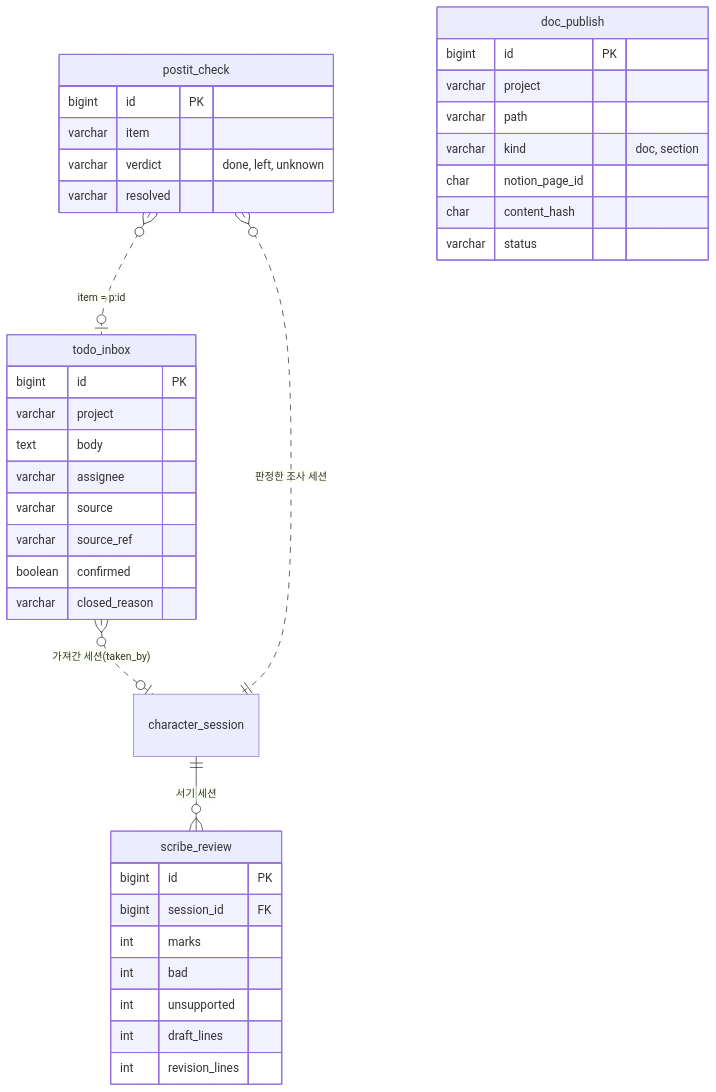
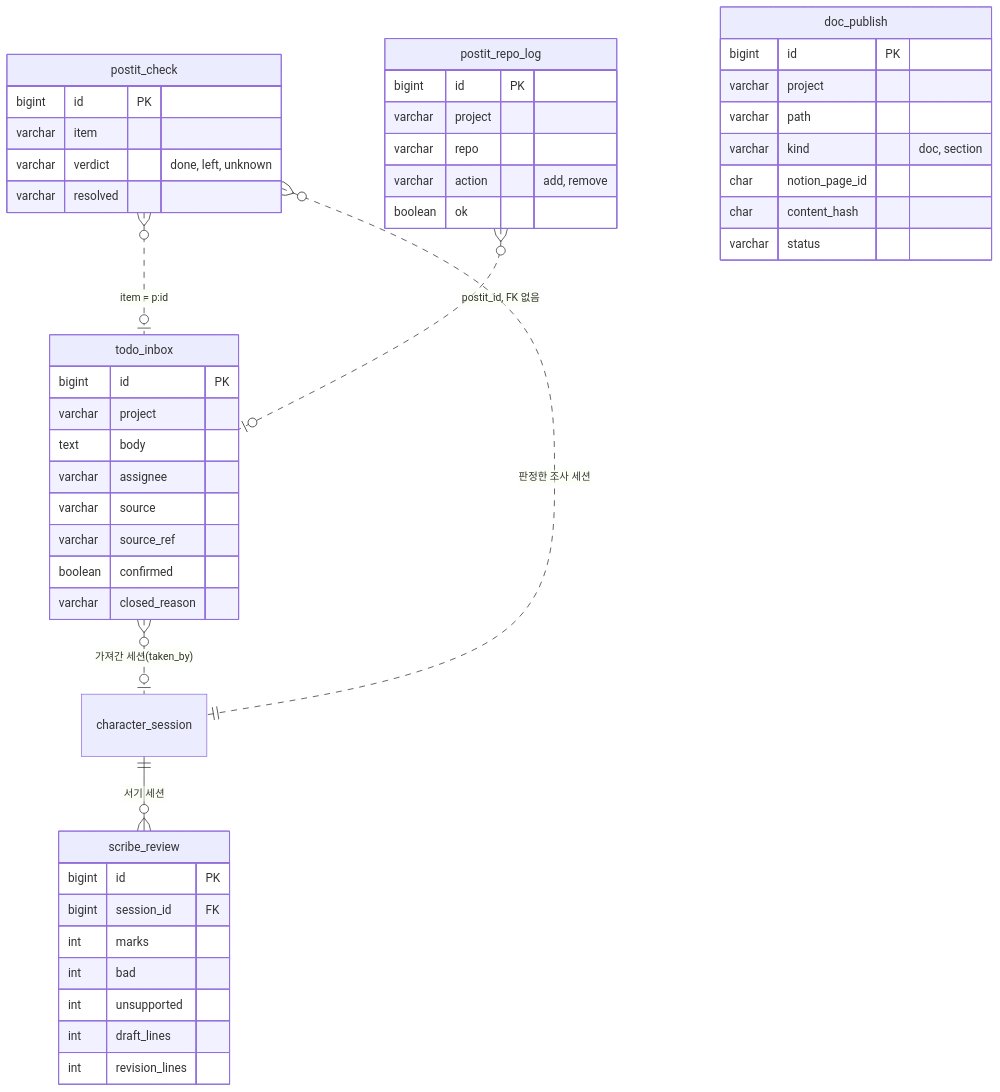
Before and after one commit to Gabriel-Joo/foreman: the fourth of 5 diagrams in notion/15_db/01_tables.md, drawn with Mermaid. The commit also changed other lines of this file and 14 other files, not shown here.

````diff
--- a/notion/15_db/01_tables.md
+++ b/notion/15_db/01_tables.md
@@ -306,42 +307,50 @@
 ```mermaid
 erDiagram
     character_session ||--o{ scribe_review : "서기 세션"
     todo_inbox }o..o| character_session : "가져간 세션(taken_by)"
     postit_check }o..o| todo_inbox : "item = p:id"
     postit_check }o..|| character_session : "판정한 조사 세션"
+    postit_repo_log }o..o| todo_inbox : "postit_id, FK 없음"
 
     doc_publish {
         bigint id PK
         varchar project
         varchar path
         varchar kind "doc, section"
         char notion_page_id
         char content_hash
         varchar status
     }
     scribe_review {
         bigint id PK
         bigint session_id FK
         int marks
         int bad
         int unsupported
         int draft_lines
         int revision_lines
     }
     todo_inbox {
         bigint id PK
         varchar project
         text body
         varchar assignee
         varchar source
         varchar source_ref
         boolean confirmed
         varchar closed_reason
     }
     postit_check {
         bigint id PK
         varchar item
         varchar verdict "done, left, unknown"
         varchar resolved
     }
+    postit_repo_log {
+        bigint id PK
+        varchar project
+        varchar repo
+        varchar action "add, remove"
+        boolean ok
+    }
 ```
````
